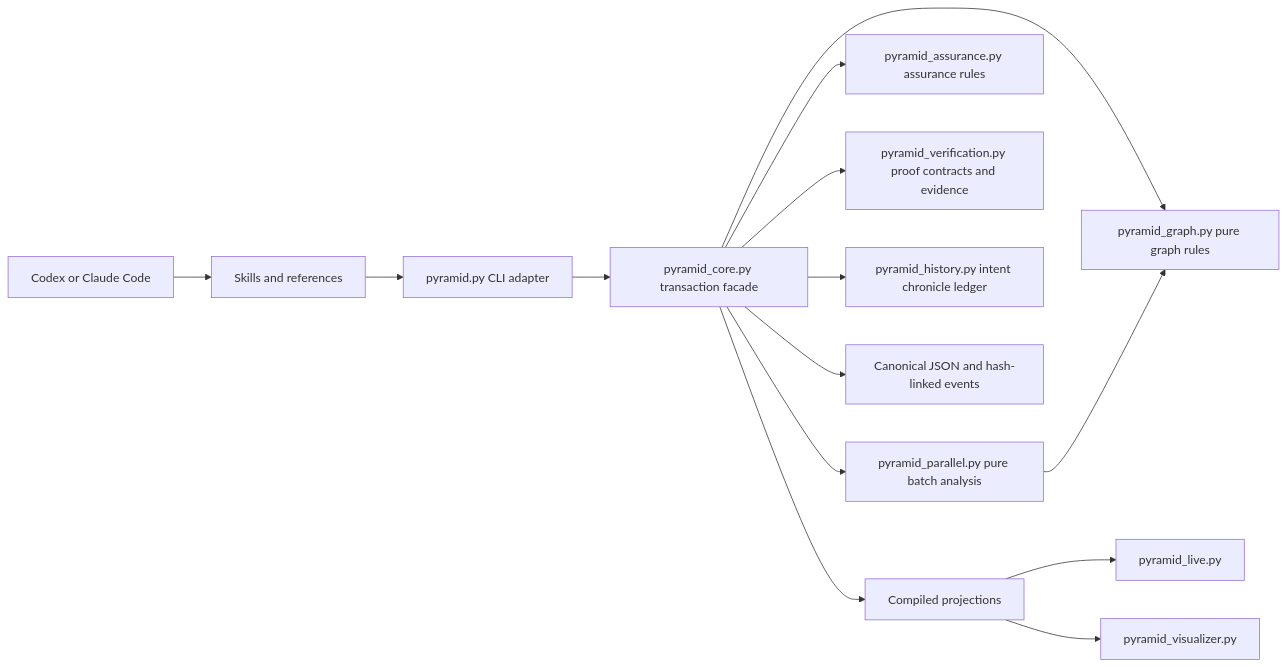
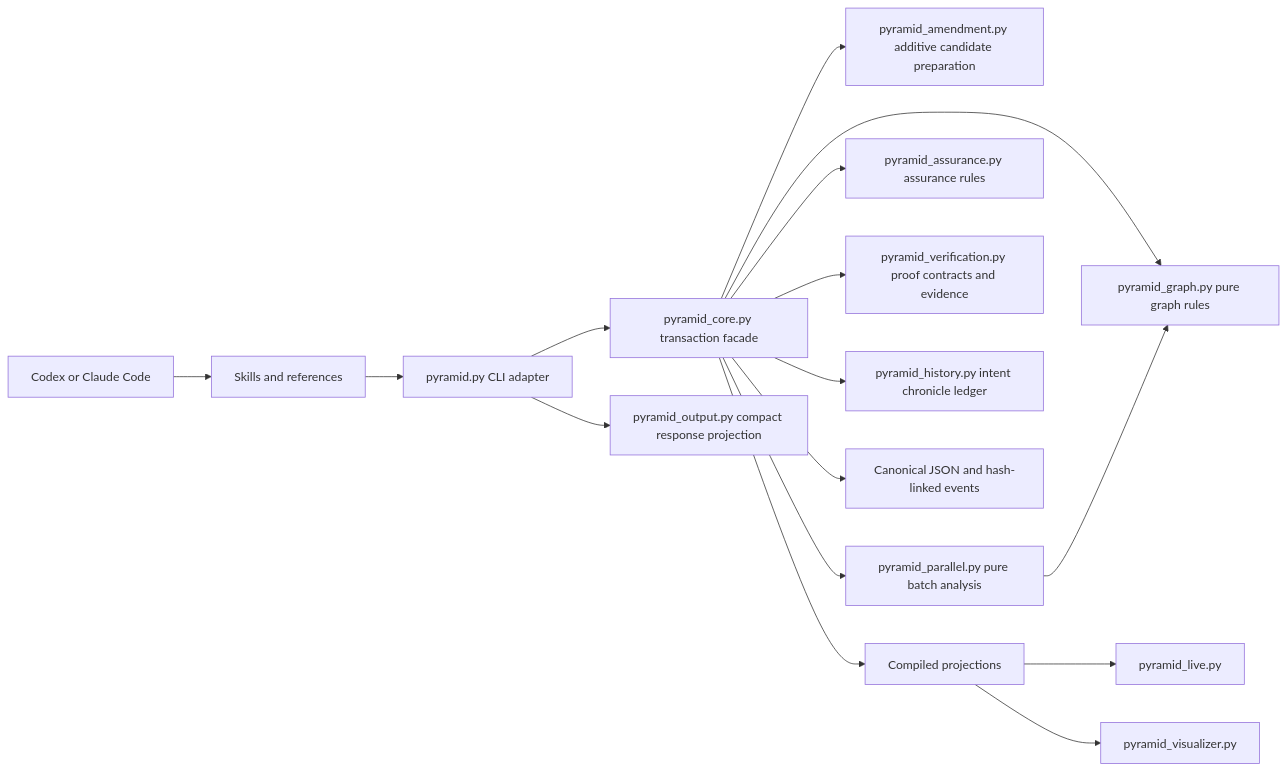
The first of 2 diagrams in docs/architecture.md (KMerdan/pyramid-task), drawn with Mermaid before and after one commit. The commit also changed other lines of this file and 29 other files, not shown here.

````diff
--- a/docs/architecture.md
+++ b/docs/architecture.md
@@ -13,16 +13,18 @@
 ```mermaid
 flowchart LR
     H["Codex or Claude Code"] --> K["Skills and references"]
     K --> CLI["pyramid.py CLI adapter"]
     CLI --> CORE["pyramid_core.py transaction facade"]
+    CLI --> OUTPUT["pyramid_output.py compact response projection"]
+    CORE --> AMEND["pyramid_amendment.py additive candidate preparation"]
     CORE --> GRAPH["pyramid_graph.py pure graph rules"]
     CORE --> PAR["pyramid_parallel.py pure batch analysis"]
     PAR --> GRAPH
     CORE --> ASSURE["pyramid_assurance.py assurance rules"]
     CORE --> PROOF["pyramid_verification.py proof contracts and evidence"]
     CORE --> HISTORY["pyramid_history.py intent chronicle ledger"]
     CORE --> STORE["Canonical JSON and hash-linked events"]
     CORE --> VIEW["Compiled projections"]
     VIEW --> LIVE["pyramid_live.py"]
     VIEW --> VIS["pyramid_visualizer.py"]
 ```
````
